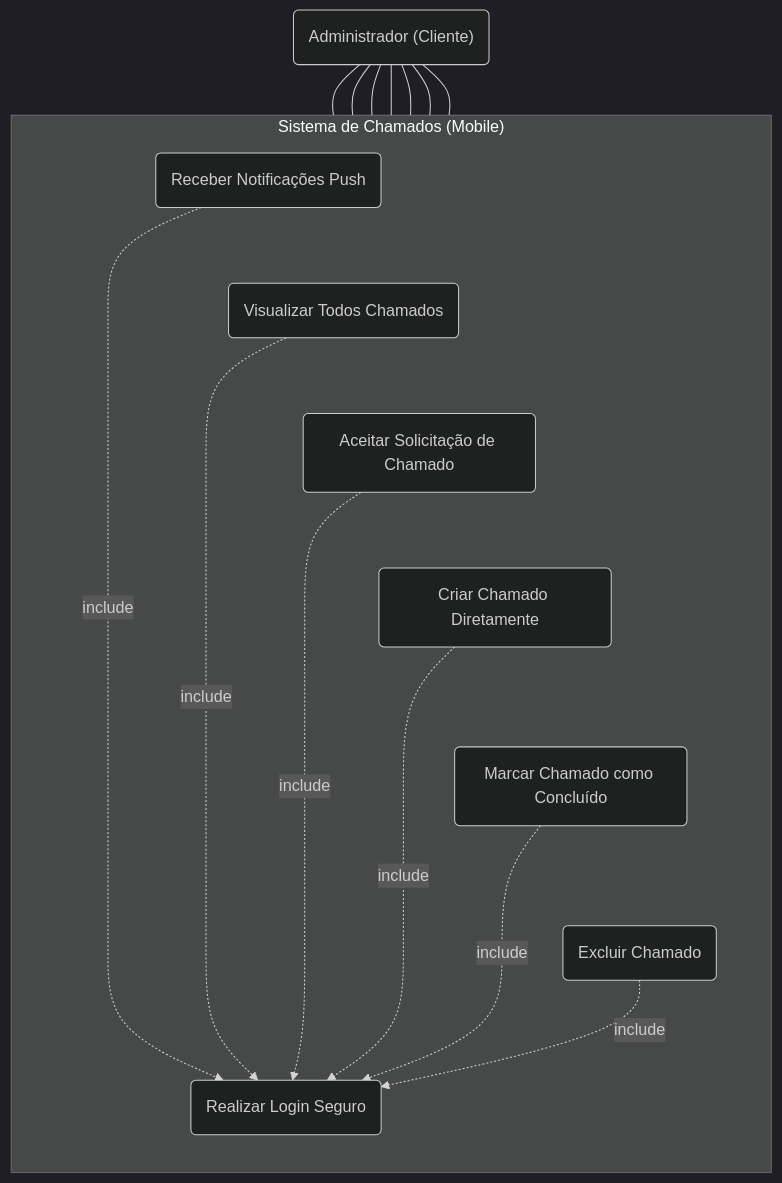
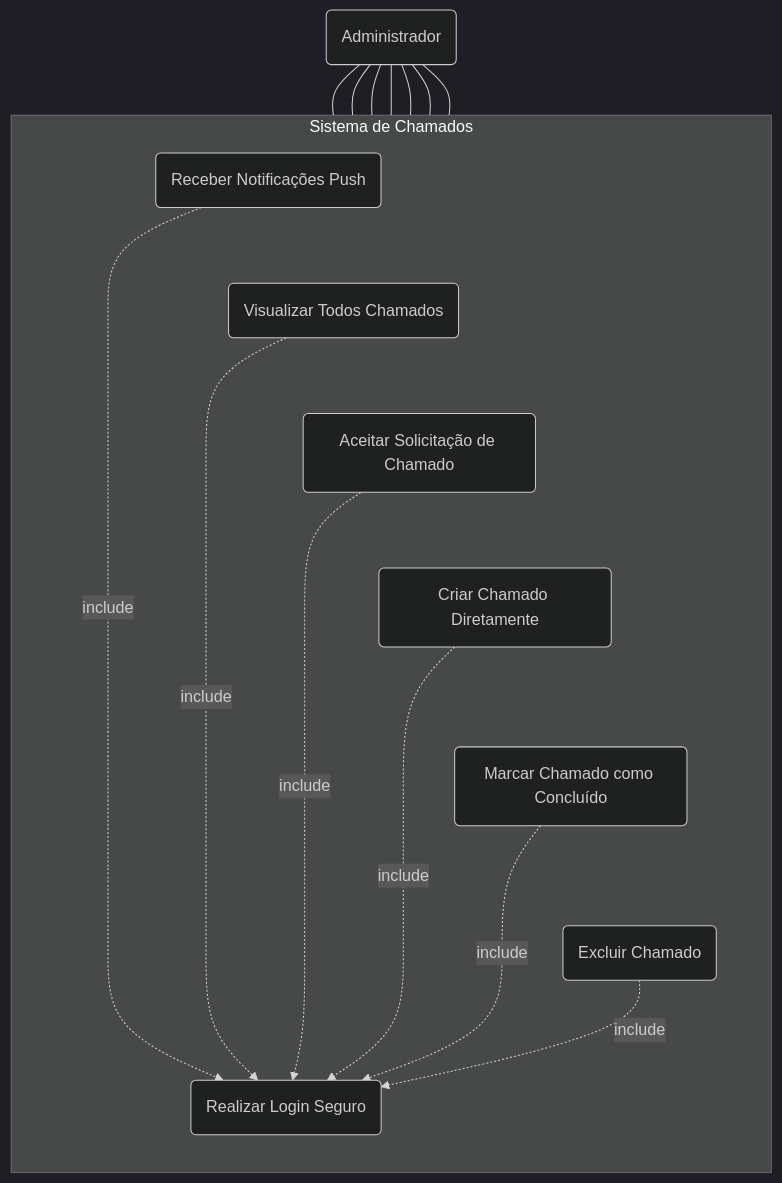
The third of 3 diagrams in Documentação/Diagramas/Casos De Uso.md (CordeiroGente/Backroom), drawn with Mermaid (dark theme) before and after one commit. The commit also changed other lines of this file, not shown here.

Commit message:
Refactor actor names in use case diagrams
Updated actor names in use case diagrams for consistency.

````diff
--- a/Documentação/Diagramas/Casos De Uso.md
+++ b/Documentação/Diagramas/Casos De Uso.md
@@ -132,47 +132,47 @@
 ```mermaid
 graph TD
     %% Ator
-    Administrador("Administrador (Cliente)")
+    Administrador("Administrador")
 
     %% Sistema e Casos de Uso
-    subgraph "Sistema de Chamados (Mobile)"
+    subgraph "Sistema de Chamados"
         direction TB
         
         %% UCs Gerais
         UC_Login_Mob("Realizar Login Seguro")
         UC_Notif("Receber Notificações Push")
 
         %% UCs de Gerenciamento
         UC_Mob1("Visualizar Todos Chamados")
         UC_Mob2("Aceitar Solicitação de Chamado")
         UC_Mob3("Criar Chamado Diretamente")
         UC_Mob4("Marcar Chamado como Concluído")
         UC_Mob5("Excluir Chamado")
         
 
         %% Links Invisíveis para forçar a verticalização
         UC_Notif ~~~ UC_Mob1
         UC_Mob1 ~~~ UC_Mob2
         UC_Mob2 ~~~ UC_Mob3
         UC_Mob3 ~~~ UC_Mob4
         UC_Mob4 ~~~ UC_Mob5
     end
 
     %% Relacionamentos Ator -> Casos de Uso
     Administrador --- UC_Login_Mob
     Administrador --- UC_Notif
     Administrador --- UC_Mob1
     Administrador --- UC_Mob2
     Administrador --- UC_Mob3
     Administrador --- UC_Mob4
     Administrador --- UC_Mob5
     
     
     %% Relações |include| (de UCs para Login)
     UC_Notif -.->|include| UC_Login_Mob
     UC_Mob1 -.->|include| UC_Login_Mob
     UC_Mob2 -.->|include| UC_Login_Mob
     UC_Mob3 -.->|include| UC_Login_Mob
     UC_Mob4 -.->|include| UC_Login_Mob
     UC_Mob5 -.->|include| UC_Login_Mob
 ```
````
